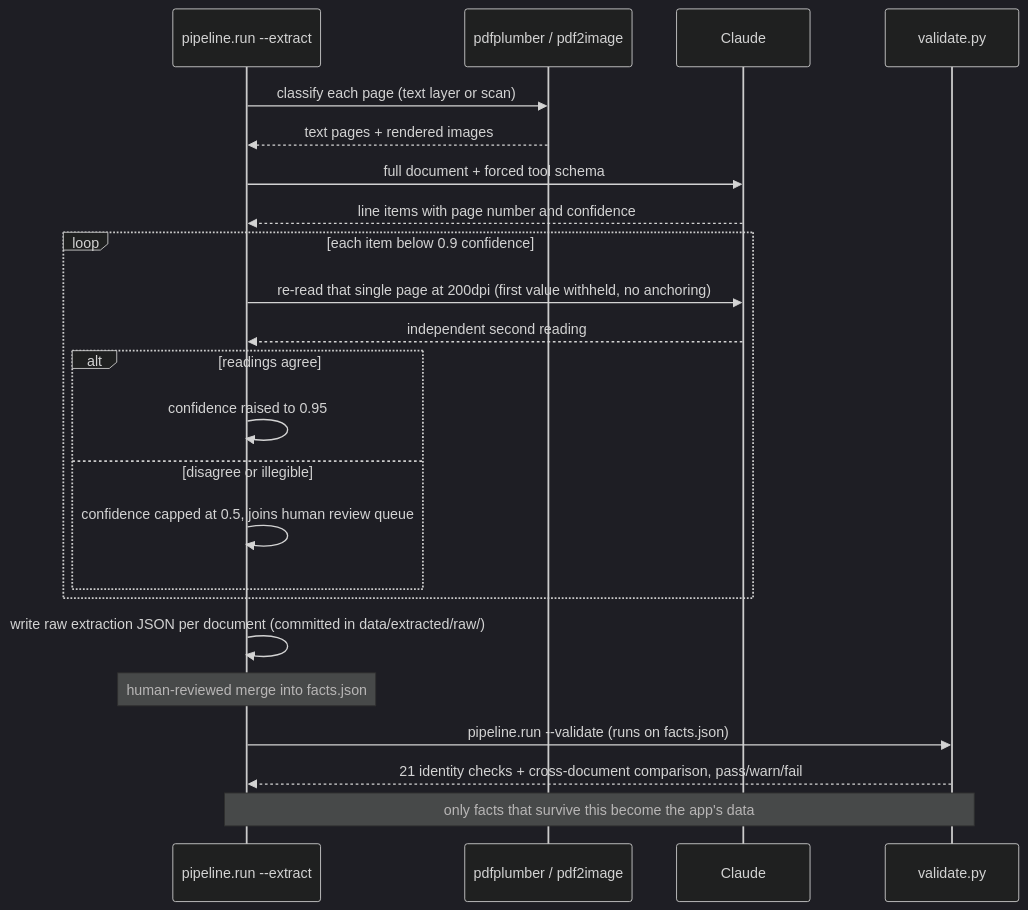
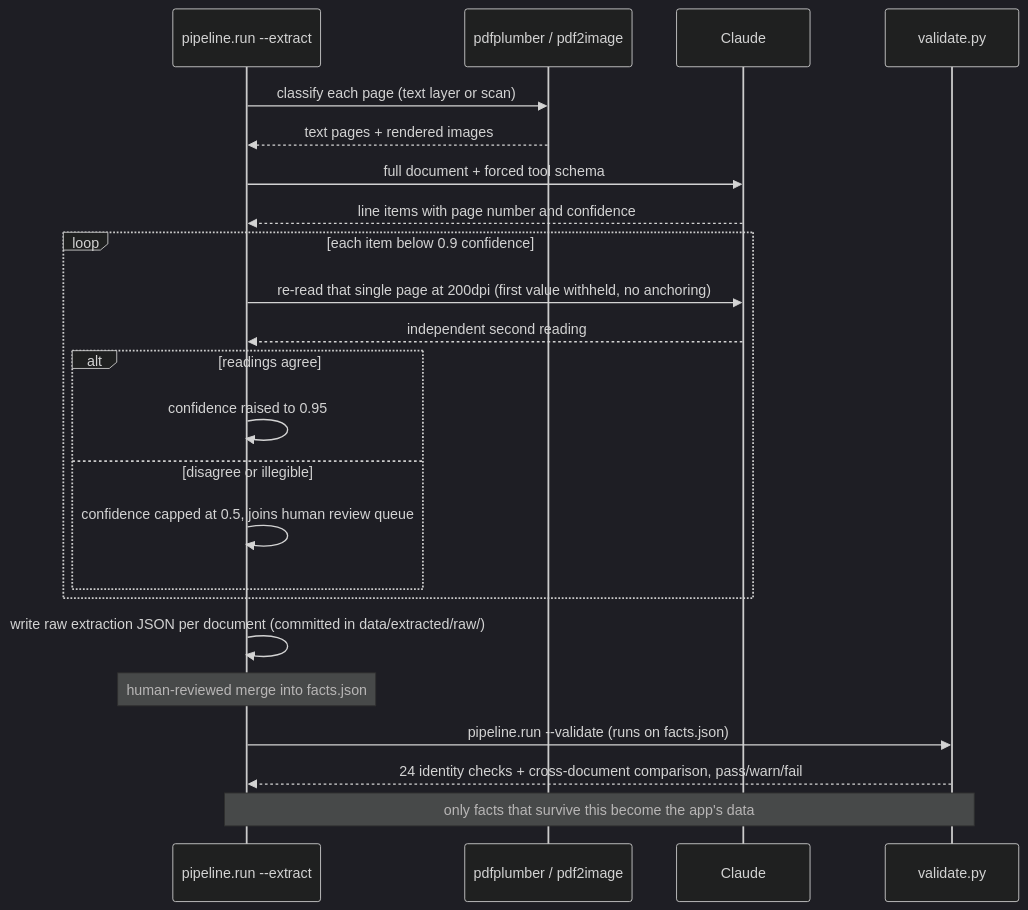
Before and after one commit to ANIKET2703/senus-board-report: the third of 4 diagrams in docs/ARCHITECTURE.md, drawn with Mermaid (dark theme). The commit also changed other lines of this file and 39 other files, not shown here.

````diff
--- a/docs/ARCHITECTURE.md
+++ b/docs/ARCHITECTURE.md
@@ -239,26 +245,26 @@
 ```mermaid
 sequenceDiagram
     participant CLI as pipeline.run --extract
     participant PDF as pdfplumber / pdf2image
     participant LLM as Claude
     participant VAL as validate.py
 
     CLI->>PDF: classify each page (text layer or scan)
     PDF-->>CLI: text pages + rendered images
     CLI->>LLM: full document + forced tool schema
     LLM-->>CLI: line items with page number and confidence
     loop each item below 0.9 confidence
         CLI->>LLM: re-read that single page at 200dpi (first value withheld, no anchoring)
         LLM-->>CLI: independent second reading
         alt readings agree
             CLI->>CLI: confidence raised to 0.95
         else disagree or illegible
             CLI->>CLI: confidence capped at 0.5, joins human review queue
         end
     end
     CLI->>CLI: write raw extraction JSON per document (committed in data/extracted/raw/)
     Note over CLI: human-reviewed merge into facts.json
     CLI->>VAL: pipeline.run --validate (runs on facts.json)
-    VAL-->>CLI: 21 identity checks + cross-document comparison, pass/warn/fail
+    VAL-->>CLI: 24 identity checks + cross-document comparison, pass/warn/fail
     Note over CLI,VAL: only facts that survive this become the app's data
 ```
````
